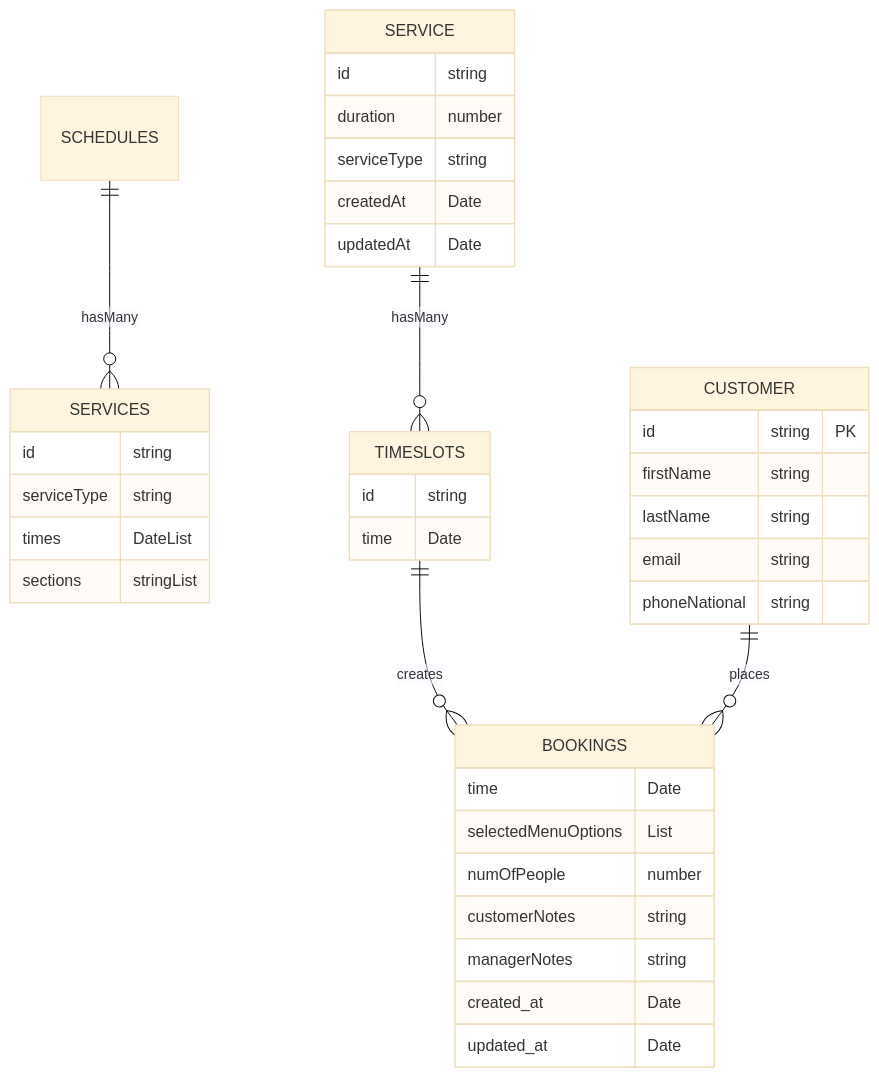
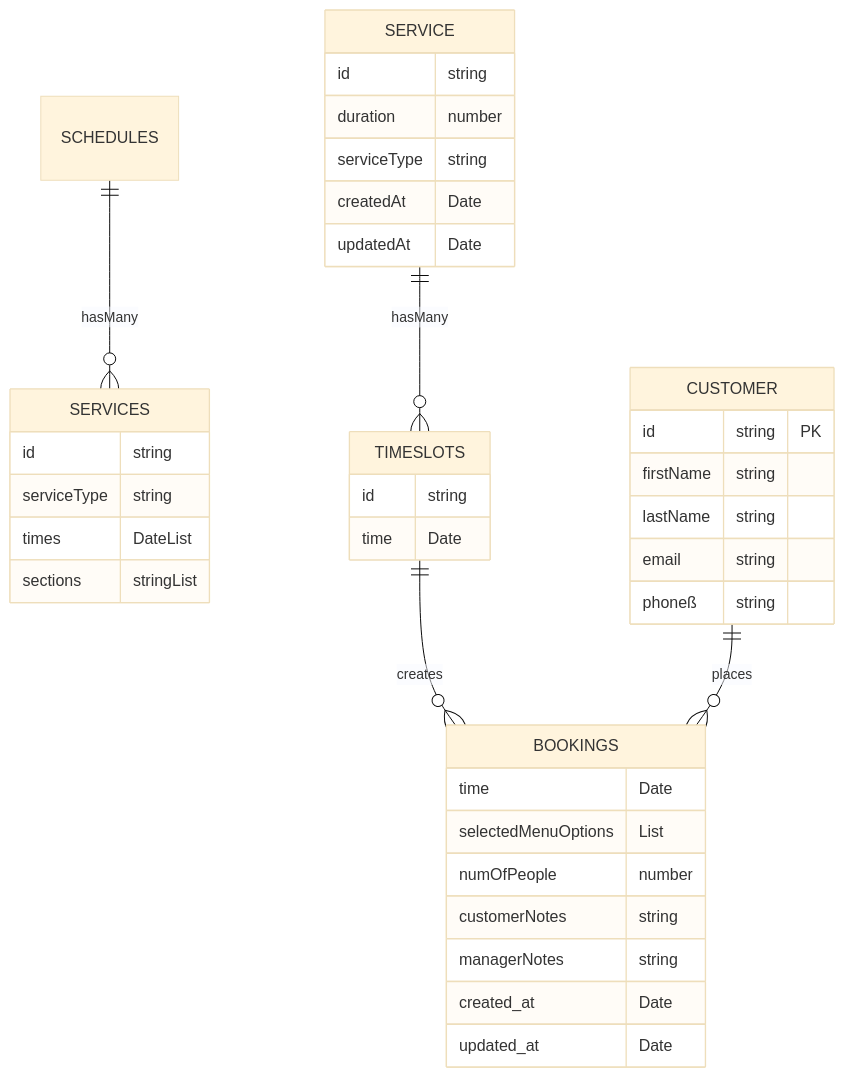
The second of 2 diagrams in README.md (garaxer/serverless-invoicing), drawn with Mermaid (base theme) before and after one commit. The commit also changed 8 other files, not shown here.

````diff
--- a/README.md
+++ b/README.md
@@ -156,44 +156,44 @@
 ```mermaid
 erDiagram
     SCHEDULES ||--o{ SERVICES : hasMany
     SCHEDULES {
 
     }
     SERVICES {
         id string
         serviceType string
         times DateList
         sections stringList
     }
 
     SERVICE ||--o{ TIMESLOTS : hasMany
     SERVICE {
         id string
         duration number
         serviceType string
         createdAt Date
         updatedAt Date
     } 
     TIMESLOTS ||--o{ BOOKINGS : creates
     TIMESLOTS {
         id string
         time Date
     }
     BOOKINGS {
         time Date
         selectedMenuOptions List
         numOfPeople number
         customerNotes string
         managerNotes string
         created_at Date
         updated_at Date
     }
     CUSTOMER ||--o{ BOOKINGS : places
     CUSTOMER {
         id string PK
         firstName string
         lastName string
         email string
-        phoneNational string
+        phoneß string
     }
 ```
````
